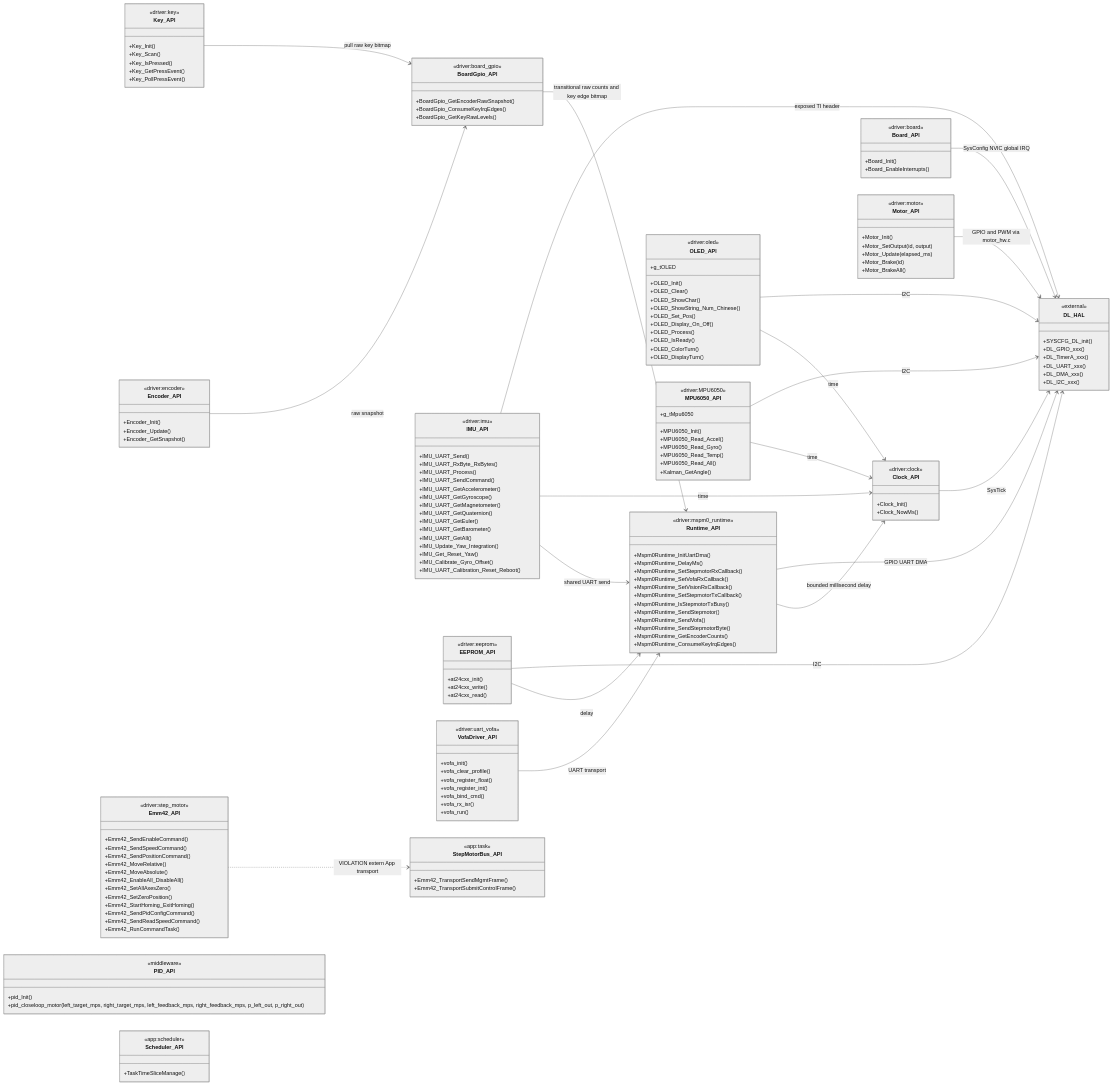
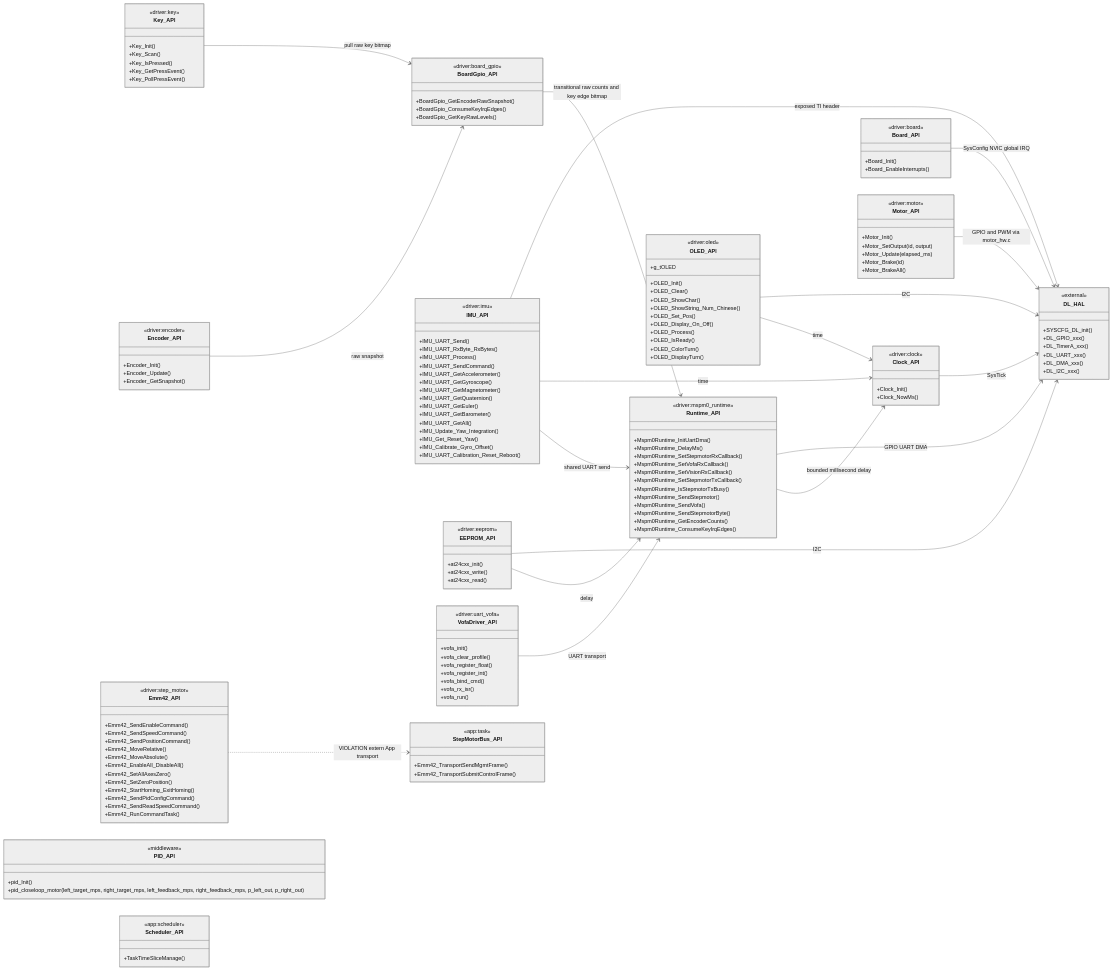
The first of 6 diagrams in agent/api_architecture_topology.md (AigisYangyan/2026_NUEDC), drawn with Mermaid (neutral theme) before and after one commit. The commit also changed other lines of this file and 6 other files, not shown here.

```diff
--- a/agent/api_architecture_topology.md
+++ b/agent/api_architecture_topology.md
@@ -104,17 +105,6 @@
   +g_tOLED
 }
 
-class MPU6050_API {
-  <<driver:MPU6050>>
-  +MPU6050_Init()
-  +MPU6050_Read_Accel()
-  +MPU6050_Read_Gyro()
-  +MPU6050_Read_Temp()
-  +MPU6050_Read_All()
-  +Kalman_GetAngle()
-  +g_tMpu6050
-}
-
 class IMU_API {
   <<driver:imu>>
   +IMU_UART_Send()
@@ -195,8 +185,6 @@
 Key_API --> BoardGpio_API : pull raw key bitmap
 OLED_API --> Clock_API : time
 OLED_API --> DL_HAL : I2C
-MPU6050_API --> Clock_API : time
-MPU6050_API --> DL_HAL : I2C
 IMU_API --> Runtime_API : shared UART send
 IMU_API --> Clock_API : time
 IMU_API --> DL_HAL : exposed TI header
```
